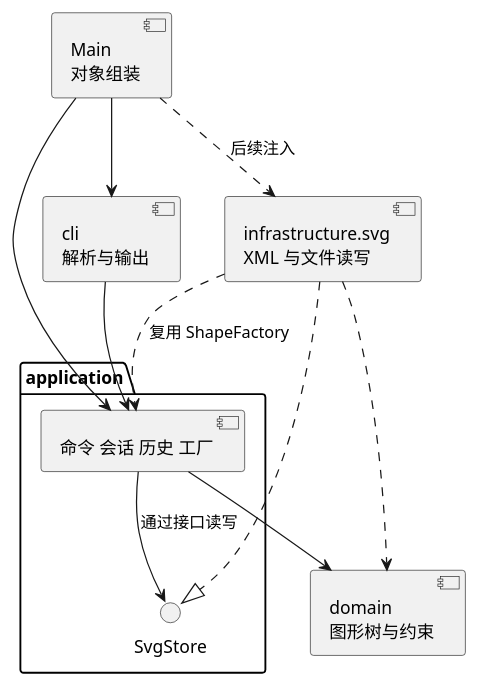
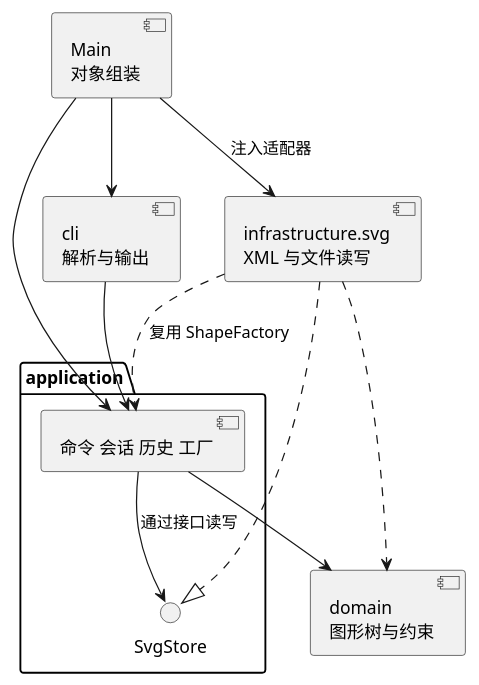
The diagram in doc/README.md (Asaite/software_homework), drawn with PlantUML before and after one commit. The commit also changed other lines of this file and 18 other files, not shown here.

````diff
--- a/doc/README.md
+++ b/doc/README.md
@@ -82,22 +86,22 @@
 ```plantuml
 @startuml
 component "Main\n对象组装" as Main
 component "cli\n解析与输出" as CLI
 package "application" {
   component "命令 会话 历史 工厂" as App
   interface "SvgStore" as Store
 }
 component "domain\n图形树与约束" as Domain
 component "infrastructure.svg\nXML 与文件读写" as Infra
 
 Main --> CLI
 Main --> App
-Main ..> Infra : 后续注入
+Main --> Infra : 注入适配器
 CLI --> App
 App --> Domain
 App --> Store : 通过接口读写
 Infra ..|> Store
 Infra ..> App : 复用 ShapeFactory
 Infra ..> Domain
 @enduml
 ```
````
